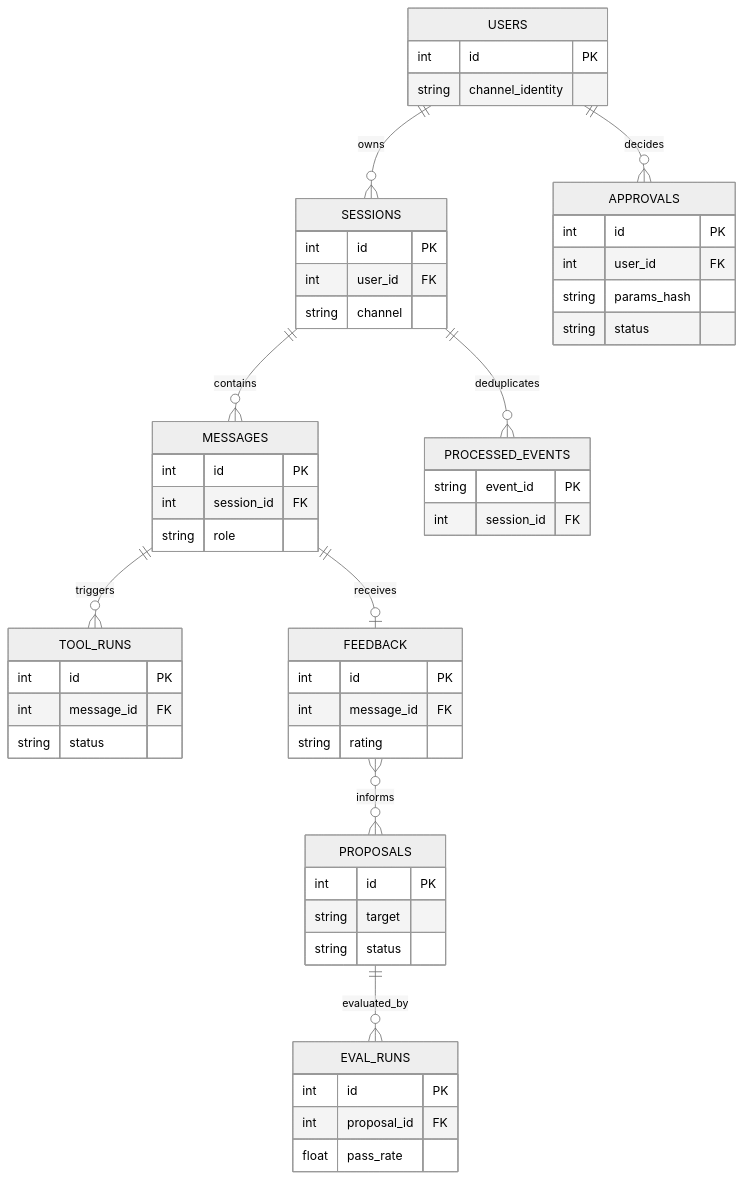
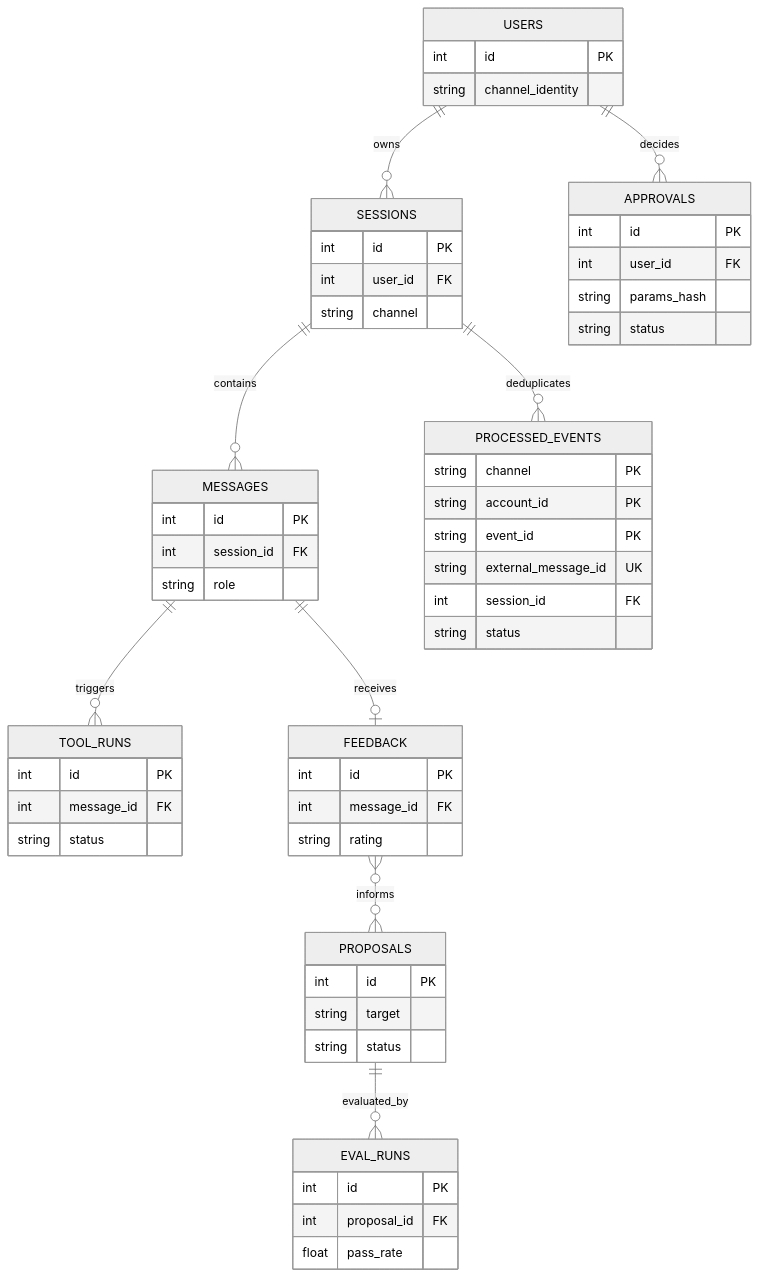
Before and after one commit to NEDONION/lobster0: the eighth of 10 diagrams in docs/product/20260807_产品需求文档.md, drawn with Mermaid (neutral theme). The commit also changed other lines of this file and 12 other files, not shown here.

````diff
--- a/docs/product/20260807_产品需求文档.md
+++ b/docs/product/20260807_产品需求文档.md
@@ -421,56 +424,60 @@
 ```mermaid
 erDiagram
     USERS ||--o{ SESSIONS : owns
     USERS ||--o{ APPROVALS : decides
     SESSIONS ||--o{ MESSAGES : contains
     SESSIONS ||--o{ PROCESSED_EVENTS : deduplicates
     MESSAGES ||--o{ TOOL_RUNS : triggers
     MESSAGES ||--o| FEEDBACK : receives
     PROPOSALS ||--o{ EVAL_RUNS : evaluated_by
     FEEDBACK }o--o{ PROPOSALS : informs
 
     USERS {
         int id PK
         string channel_identity
     }
     SESSIONS {
         int id PK
         int user_id FK
         string channel
     }
     MESSAGES {
         int id PK
         int session_id FK
         string role
     }
     TOOL_RUNS {
         int id PK
         int message_id FK
         string status
     }
     PROCESSED_EVENTS {
+        string channel PK
+        string account_id PK
         string event_id PK
+        string external_message_id UK
         int session_id FK
+        string status
     }
     APPROVALS {
         int id PK
         int user_id FK
         string params_hash
         string status
     }
     FEEDBACK {
         int id PK
         int message_id FK
         string rating
     }
     PROPOSALS {
         int id PK
         string target
         string status
     }
     EVAL_RUNS {
         int id PK
         int proposal_id FK
         float pass_rate
     }
 ```
````
